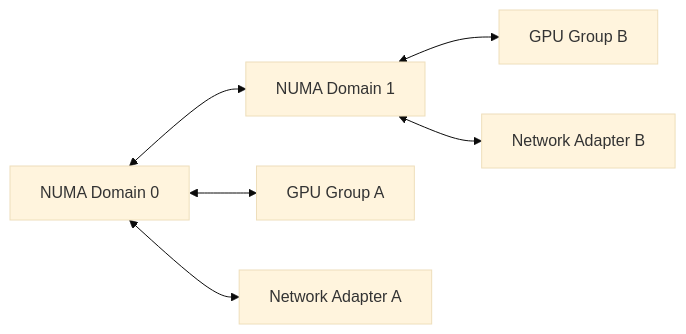
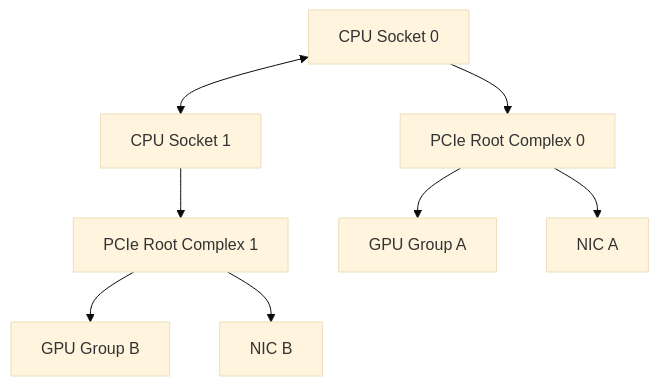
The third of 4 diagrams in docs/nvidia-zero-to-hero/volume-07/chapter-01-why-gpu-networking-exists.md (jithinpnjm/nvidia-devops), drawn with Mermaid (base theme) before and after one commit. The commit also changed other lines of this file, not shown here.

````diff
--- a/docs/nvidia-zero-to-hero/volume-07/chapter-01-why-gpu-networking-exists.md
+++ b/docs/nvidia-zero-to-hero/volume-07/chapter-01-why-gpu-networking-exists.md
@@ -90,15 +228,19 @@
 ```mermaid
-flowchart LR
-    CPU0[NUMA Domain 0]
-    CPU1[NUMA Domain 1]
-    GPU0[GPU Group A]
-    GPU1[GPU Group B]
-    NIC0[Network Adapter A]
-    NIC1[Network Adapter B]
+flowchart TD
+    CPU0[CPU Socket 0]
+    CPU1[CPU Socket 1]
+    Root0[PCIe Root Complex 0]
+    Root1[PCIe Root Complex 1]
+    GPUA[GPU Group A]
+    GPUB[GPU Group B]
+    NICA[NIC A]
+    NICB[NIC B]
 
-    CPU0 <--> GPU0
-    CPU0 <--> NIC0
-    CPU1 <--> GPU1
-    CPU1 <--> NIC1
+    CPU0 --> Root0
+    Root0 --> GPUA
+    Root0 --> NICA
+    CPU1 --> Root1
+    Root1 --> GPUB
+    Root1 --> NICB
     CPU0 <--> CPU1
 ```
````
